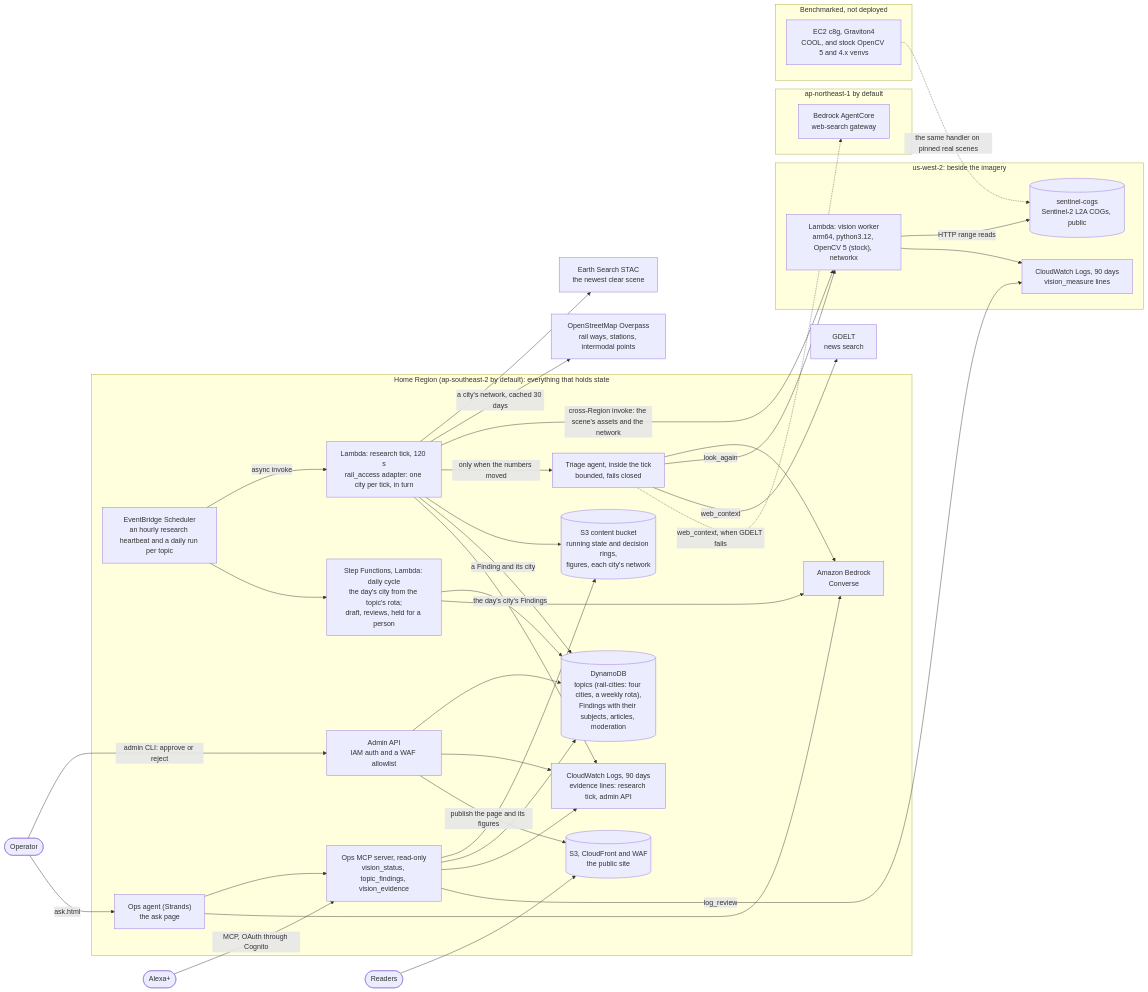
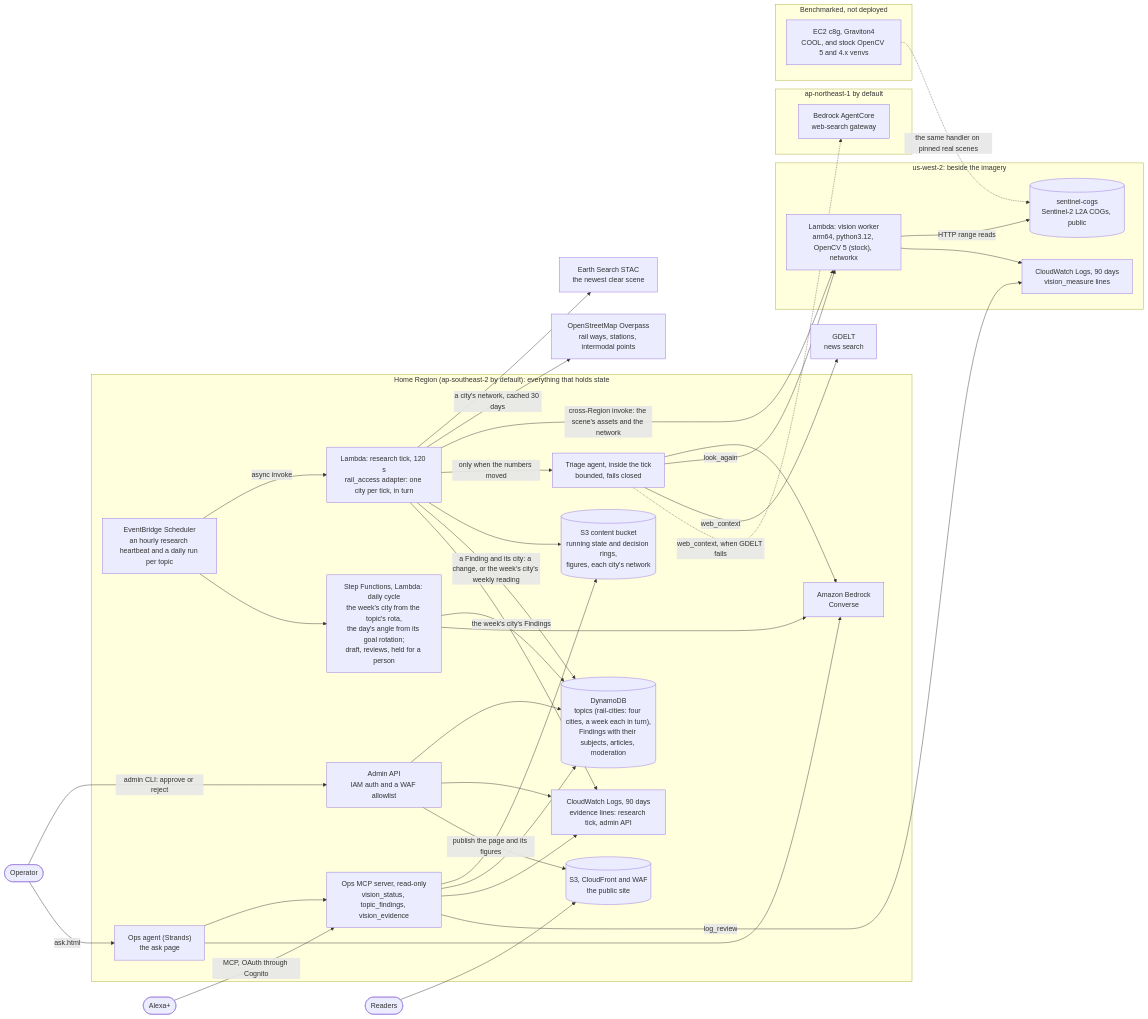
One commit to AllainWoodsford/BloggerBear changed the first of 2 diagrams in docs/hackathon/technical-report.md. Above: the diagram before and after it, drawn with Mermaid. The commit also changed other lines of this file and 13 other files, not shown here.

````diff
--- a/docs/hackathon/technical-report.md
+++ b/docs/hackathon/technical-report.md
@@ -107,66 +112,66 @@
 ```mermaid
 flowchart LR
   subgraph home["Home Region (ap-southeast-2 by default): everything that holds state"]
     sched["EventBridge Scheduler<br/>an hourly research heartbeat and a daily run per topic"]
     tick["Lambda: research tick, 120 s<br/>rail_access adapter: one city per tick, in turn"]
     agent["Triage agent, inside the tick<br/>bounded, fails closed"]
-    sfn["Step Functions, Lambda: daily cycle<br/>the day's city from the topic's rota;<br/>draft, reviews, held for a person"]
+    sfn["Step Functions, Lambda: daily cycle<br/>the week's city from the topic's rota,<br/>the day's angle from its goal rotation;<br/>draft, reviews, held for a person"]
     bedrock["Amazon Bedrock<br/>Converse"]
     s3c[("S3 content bucket<br/>running state and decision rings,<br/>figures, each city's network")]
-    ddb[("DynamoDB<br/>topics (rail-cities: four cities, a weekly rota),<br/>Findings with their subjects, articles, moderation")]
+    ddb[("DynamoDB<br/>topics (rail-cities: four cities, a week each in turn),<br/>Findings with their subjects, articles, moderation")]
     api["Admin API<br/>IAM auth and a WAF allowlist"]
     site[("S3, CloudFront and WAF<br/>the public site")]
     logs["CloudWatch Logs, 90 days<br/>evidence lines: research tick, admin API"]
     mcp["Ops MCP server, read-only<br/>vision_status, topic_findings, vision_evidence"]
     opsagent["Ops agent (Strands)<br/>the ask page"]
   end
   subgraph west["us-west-2: beside the imagery"]
     worker["Lambda: vision worker<br/>arm64, python3.12, OpenCV 5 (stock), networkx"]
     cogs[("sentinel-cogs<br/>Sentinel-2 L2A COGs, public")]
     wlogs["CloudWatch Logs, 90 days<br/>vision_measure lines"]
   end
   subgraph tokyo["ap-northeast-1 by default"]
     gateway["Bedrock AgentCore<br/>web-search gateway"]
   end
   subgraph bench["Benchmarked, not deployed"]
     c8g["EC2 c8g, Graviton4<br/>COOL, and stock OpenCV 5 and 4.x venvs"]
   end
   stac["Earth Search STAC<br/>the newest clear scene"]
   osm["OpenStreetMap Overpass<br/>rail ways, stations, intermodal points"]
   gdelt["GDELT<br/>news search"]
   operator(["Operator"])
   alexa(["Alexa+"])
   readers(["Readers"])
 
   sched -- "async invoke" --> tick
   sched --> sfn
   tick --> stac
   tick -- "a city's network, cached 30 days" --> osm
   tick -- "cross-Region invoke: the scene's assets and the network" --> worker
   worker -- "HTTP range reads" --> cogs
   worker --> wlogs
   tick -- "only when the numbers moved" --> agent
   agent --> bedrock
   agent -- "look_again" --> worker
   agent -- "web_context" --> gdelt
   agent -. "web_context, when GDELT fails" .-> gateway
   tick --> s3c
-  tick -- "a Finding and its city" --> ddb
+  tick -- "a Finding and its city: a change, or the week's city's weekly reading" --> ddb
   tick --> logs
-  sfn -- "the day's city's Findings" --> ddb
+  sfn -- "the week's city's Findings" --> ddb
   sfn --> bedrock
   operator -- "admin CLI: approve or reject" --> api
   api --> ddb
   api --> logs
   api -- "publish the page and its figures" --> site
   readers --> site
   operator -- "ask.html" --> opsagent
   opsagent --> mcp
   opsagent --> bedrock
   alexa -- "MCP, OAuth through Cognito" --> mcp
   mcp --> s3c
   mcp --> ddb
   mcp --> logs
   mcp -- "log_review" --> wlogs
   c8g -. "the same handler on pinned real scenes" .-> cogs
 ```
````
